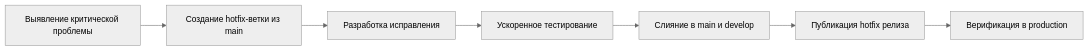
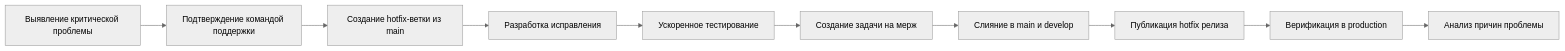
One commit to manndarinchik/program-engineering changed the third of 3 diagrams in 8.Процессов_и_требований_формирования_выпусков_версий_процедура_развёртывания_релизов.md. Above: the diagram before and after it, drawn with Mermaid (neutral theme). The commit also changed other lines of this file, not shown here.

````diff
--- a/8.Процессов_и_требований_формирования_выпусков_версий_процедура_развёртывания_релизов.md
+++ b/8.Процессов_и_требований_формирования_выпусков_версий_процедура_развёртывания_релизов.md
@@ -191,9 +273,12 @@
 ```mermaid
 flowchart LR
-    A[Выявление критической проблемы] --> B[Создание hotfix-ветки из main]
-    B --> C[Разработка исправления]
-    C --> D[Ускоренное тестирование]
-    D --> E[Слияние в main и develop]
-    E --> F[Публикация hotfix релиза]
-    F --> G[Верификация в production]
+    A[Выявление критической проблемы] --> B[Подтверждение командой поддержки]
+    B --> C[Создание hotfix-ветки из main]
+    C --> D[Разработка исправления]
+    D --> E[Ускоренное тестирование]
+    E --> F[Создание задачи на мерж]
+    F --> G[Слияние в main и develop]
+    G --> H[Публикация hotfix релиза]
+    H --> I[Верификация в production]
+    I --> J[Анализ причин проблемы]
 ```
````
